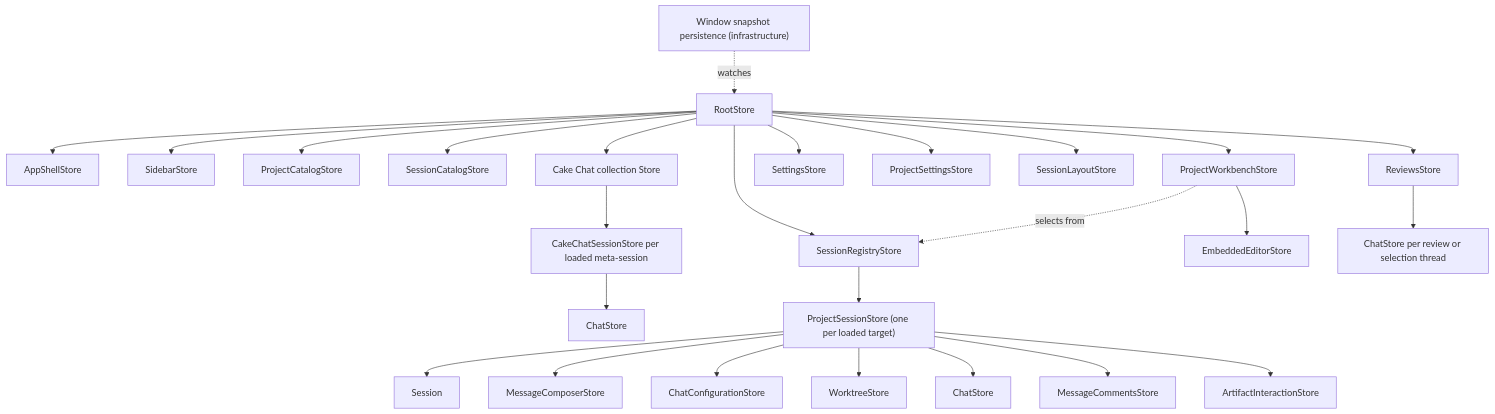
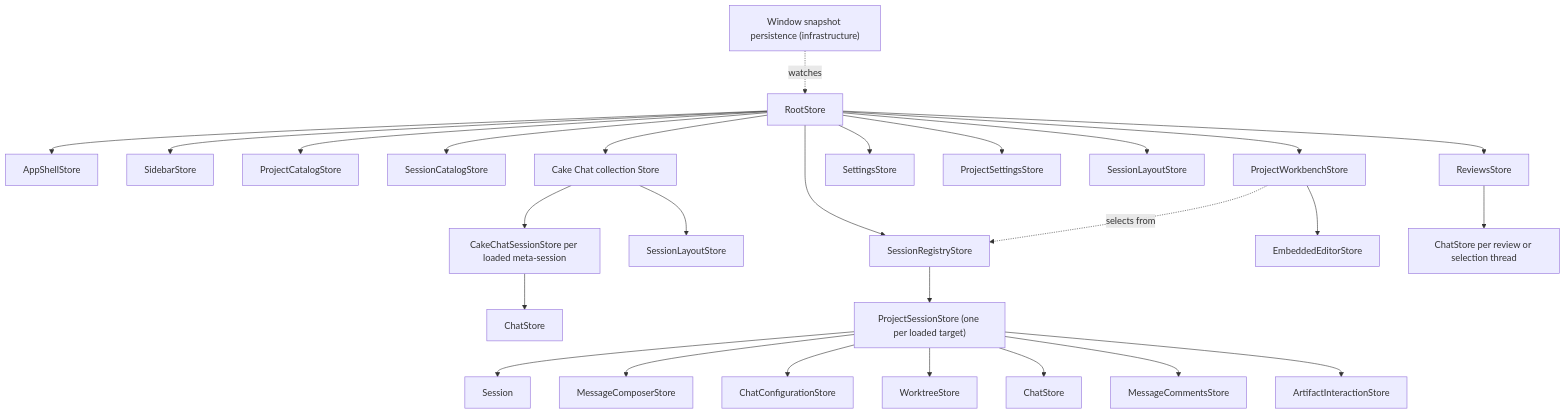
The diagram in docs/architecture/cake-architecture.md (melnikov-s/cake), drawn with Mermaid before and after one commit. The commit also changed other lines of this file and 19 other files, not shown here.

Commit message:
Add split-screen support to Cake Chat

````diff
--- a/docs/architecture/cake-architecture.md
+++ b/docs/architecture/cake-architecture.md
@@ -414,28 +418,29 @@
 ```mermaid
 flowchart TD
   Root["RootStore"] --> Shell["AppShellStore"]
   Root --> Sidebar["SidebarStore"]
   Root --> Projects["ProjectCatalogStore"]
   Root --> Catalog["SessionCatalogStore"]
   Root --> Registry["SessionRegistryStore"]
   Root --> Workbench["ProjectWorkbenchStore"]
   Root --> CakeChat["Cake Chat collection Store"]
+  CakeChat --> CakeLayout["SessionLayoutStore"]
   CakeChat --> CakeSession["CakeChatSessionStore per loaded meta-session"]
   CakeSession --> MetaChat["ChatStore"]
   Root --> Settings["SettingsStore"]
   Root --> ProjectSettings["ProjectSettingsStore"]
   Persistence["Window snapshot persistence (infrastructure)"] -. watches .-> Root
   Workbench -. selects from .-> Registry
   Root --> Layout["SessionLayoutStore"]
   Workbench --> IDE["EmbeddedEditorStore"]
   Registry --> Session["ProjectSessionStore (one per loaded target)"]
   Session --> Model["Session"]
   Session --> Composer["MessageComposerStore"]
   Session --> Config["ChatConfigurationStore"]
   Session --> Worktree["WorktreeStore"]
   Session --> Chat["ChatStore"]
   Session --> Comments["MessageCommentsStore"]
   Session --> Artifacts["ArtifactInteractionStore"]
   Root --> Reviews["ReviewsStore"]
   Reviews --> ThreadChats["ChatStore per review or selection thread"]
 ```
````
